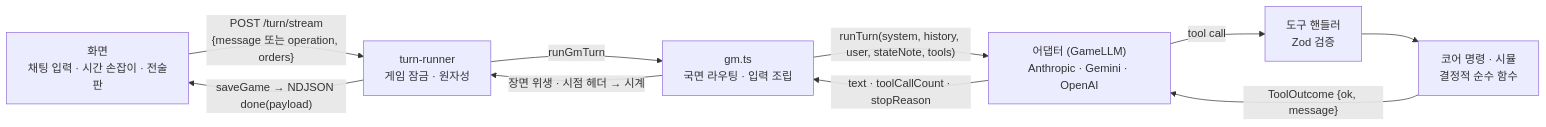
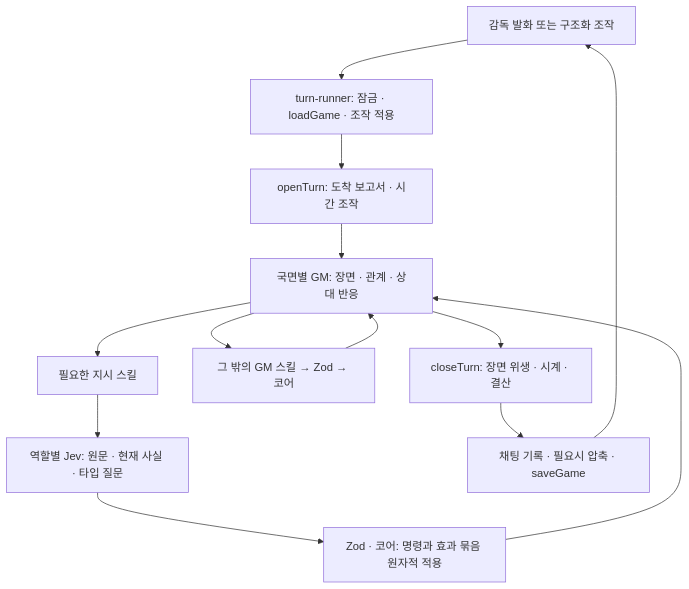
The diagram in docs/common/llm/pipeline.md (dhoonjang/gaffer), drawn with Mermaid before and after one commit. The commit also changed other lines of this file and 140 other files, not shown here.

````diff
--- a/docs/common/llm/pipeline.md
+++ b/docs/common/llm/pipeline.md
@@ -13,18 +13,15 @@
 ```mermaid
-flowchart LR
-  UI["화면<br/>채팅 입력 · 시간 손잡이 · 전술판"]
-  API["turn-runner<br/>게임 잠금 · 원자성"]
-  GM["gm.ts<br/>국면 라우팅 · 입력 조립"]
-  LLM["어댑터 (GameLLM)<br/>Anthropic · Gemini · OpenAI"]
-  TOOLS["도구 핸들러<br/>Zod 검증"]
-  CORE["코어 명령 · 시뮬<br/>결정적 순수 함수"]
-  UI -->|"POST /turn/stream<br/>{message 또는 operation, orders}"| API
-  API -->|runGmTurn| GM
-  GM -->|"runTurn(system, history, user, stateNote, tools)"| LLM
-  LLM -->|tool call| TOOLS
-  TOOLS --> CORE
-  CORE -->|"ToolOutcome {ok, message}"| LLM
-  LLM -->|"text · toolCallCount · stopReason"| GM
-  GM -->|"장면 위생 · 시점 헤더 → 시계"| API
-  API -->|"saveGame → NDJSON done(payload)"| UI
+flowchart TD
+  UI["감독 발화 또는 구조화 조작"] --> TR["turn-runner: 잠금 · loadGame · 조작 적용"]
+  TR --> OPEN["openTurn: 도착 보고서 · 시간 조작"]
+  OPEN --> GM["국면별 GM: 장면 · 관계 · 상대 반응"]
+  GM --> SKILL["필요한 지시 스킬"]
+  SKILL --> EVAL["역할별 Jev: 원문 · 현재 사실 · 타입 질문"]
+  EVAL --> Z["Zod · 코어: 명령과 효과 묶음 원자적 적용"]
+  Z --> GM
+  GM --> TOOL["그 밖의 GM 스킬 → Zod → 코어"]
+  TOOL --> GM
+  GM --> CLOSE["closeTurn: 장면 위생 · 시계 · 결산"]
+  CLOSE --> SAVE["채팅 기록 · 필요시 압축 · saveGame"]
+  SAVE --> UI
 ```
````
